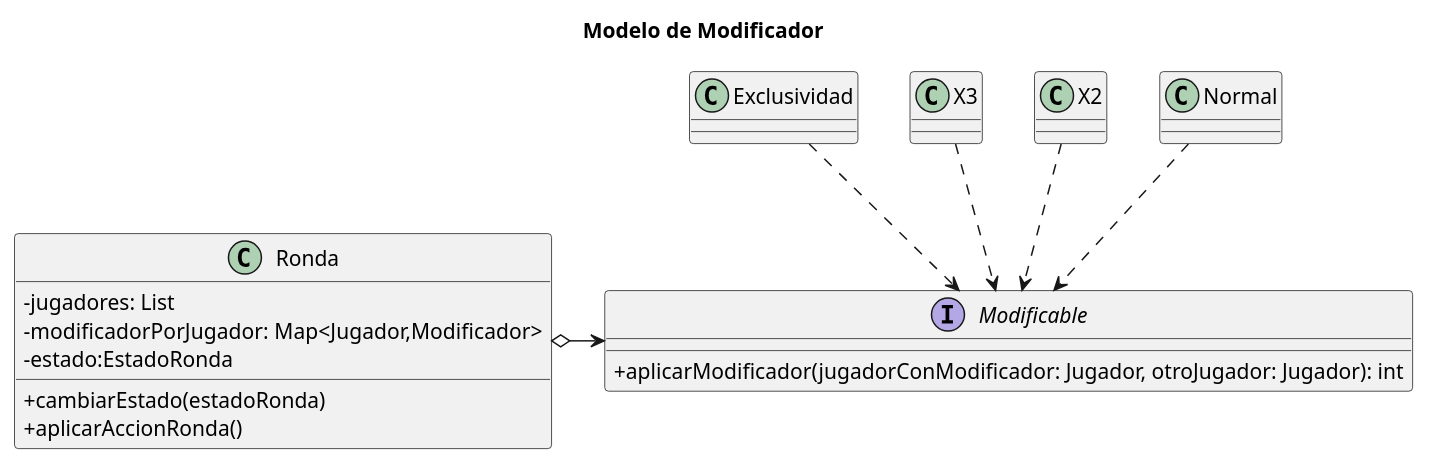
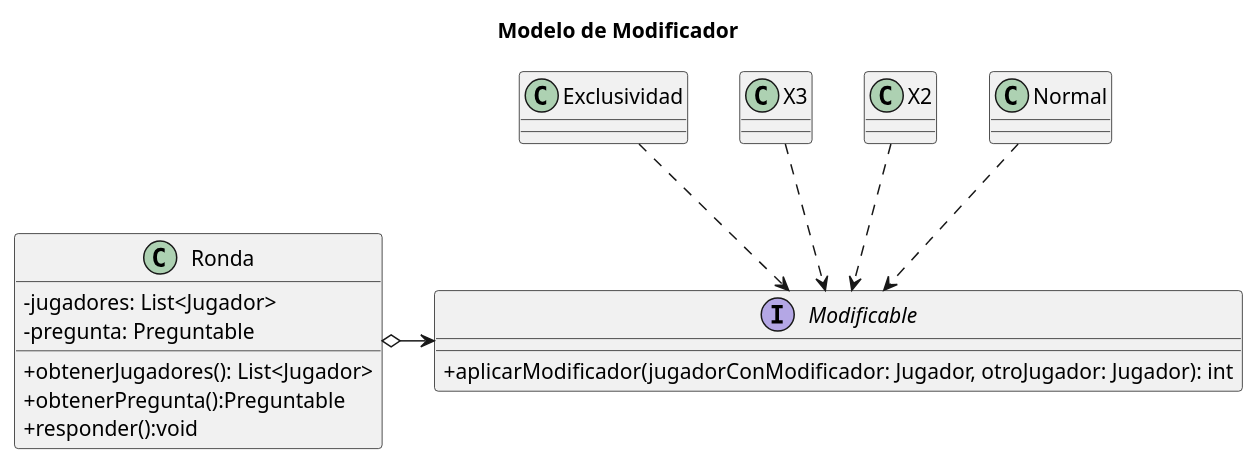
Before and after one commit to gylopezgiles/TP2: the diagram in doc/Diagramas/Diagramas_Clase/modificable/modificable.plantuml, drawn with PlantUML. The commit also changed 8 other files, not shown here.

First line of the commit message:
Se actualizaron los diagrama de clase para que esten alineados con el codigo.

```diff
--- a/doc/Diagramas/Diagramas_Clase/modificable/modificable.plantuml
+++ b/doc/Diagramas/Diagramas_Clase/modificable/modificable.plantuml
@@ -1,39 +1,39 @@
 @startuml
 title Modelo de Modificador
 skinparam classAttributeIconSize 0
 
 
-class Ronda {
-    - jugadores: List
-    - modificadorPorJugador: Map<Jugador,Modificador>
-    - estado:EstadoRonda
+class Ronda{
+    - jugadores: List<Jugador>
+    - pregunta: Preguntable
 
-    + cambiarEstado(estadoRonda)
-    + aplicarAccionRonda()
+    + obtenerJugadores(): List<Jugador>
+    + obtenerPregunta():Preguntable
+    + responder():void
 }
 
 interface Modificable{
     + aplicarModificador(jugadorConModificador: Jugador, otroJugador: Jugador): int
 }
 
 class Normal{
 }
 
 class X2{
 }
 
 class X3{
 }
 
 class Exclusividad{
 }
 
 
 Ronda o-> Modificable
 
 Modificable <.up. Normal
 Modificable <.up. X2
 Modificable <.up. X3
 Modificable <.up. Exclusividad
 
 @enduml
```
